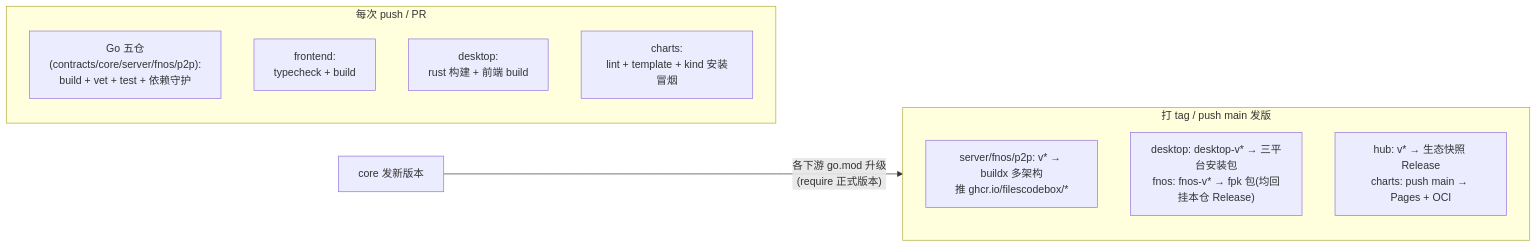
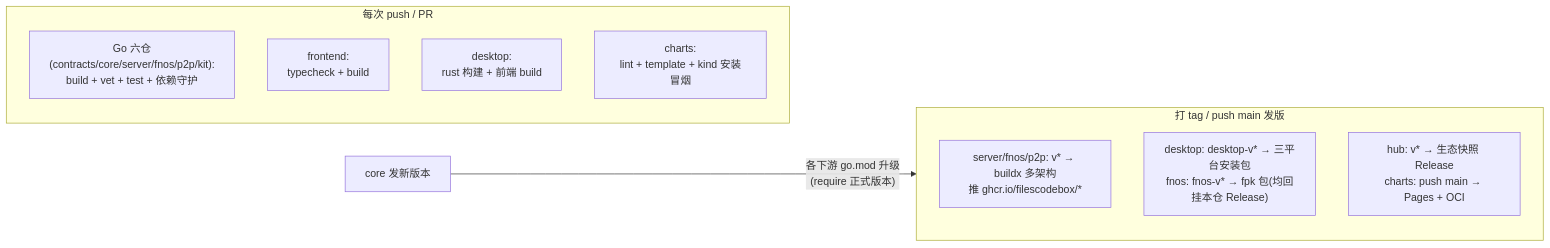
One commit to filescodebox/FilesCodeBox changed the eighth of 8 diagrams in docs/architecture.md. Above: the diagram before and after it, drawn with Mermaid. The commit also changed other lines of this file and 5 other files, not shown here.

````diff
--- a/docs/architecture.md
+++ b/docs/architecture.md
@@ -228,15 +233,15 @@
 ```mermaid
 flowchart LR
     subgraph PR["每次 push / PR"]
-        GO["Go 五仓(contracts/core/server/fnos/p2p):<br/>build + vet + test + 依赖守护"]
+        GO["Go 六仓(contracts/core/server/fnos/p2p/kit):<br/>build + vet + test + 依赖守护"]
         FECI["frontend:<br/>typecheck + build"]
         DSK["desktop:<br/>rust 构建 + 前端 build"]
         CHT["charts:<br/>lint + template + kind 安装冒烟"]
     end
     subgraph REL["打 tag / push main 发版"]
         IMG["server/fnos/p2p: v* → buildx 多架构<br/>推 ghcr.io/filescodebox/*"]
         BIN["desktop: desktop-v* → 三平台安装包<br/>fnos: fnos-v* → fpk 包(均回挂本仓 Release)"]
         PUB["hub: v* → 生态快照 Release<br/>charts: push main → Pages + OCI"]
     end
     COREDEV["core 发新版本"] -->|"各下游 go.mod 升级<br/>(require 正式版本)"| REL
 ```
````
